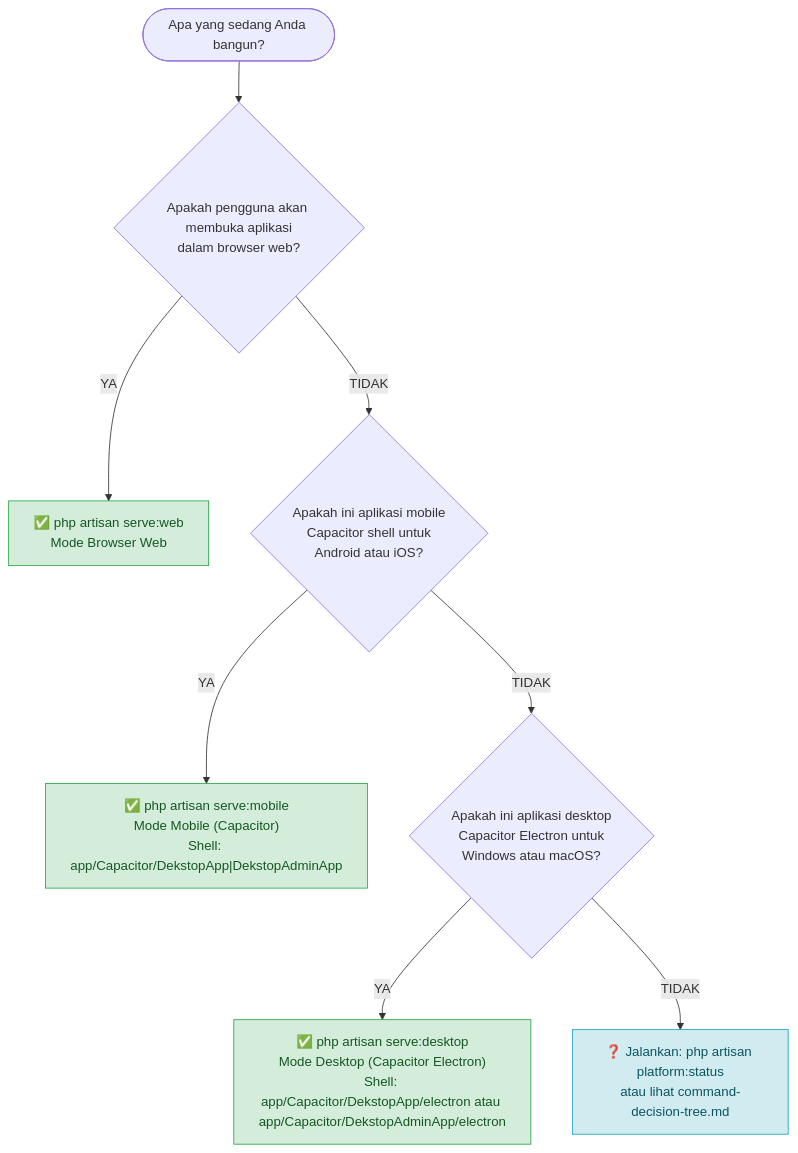
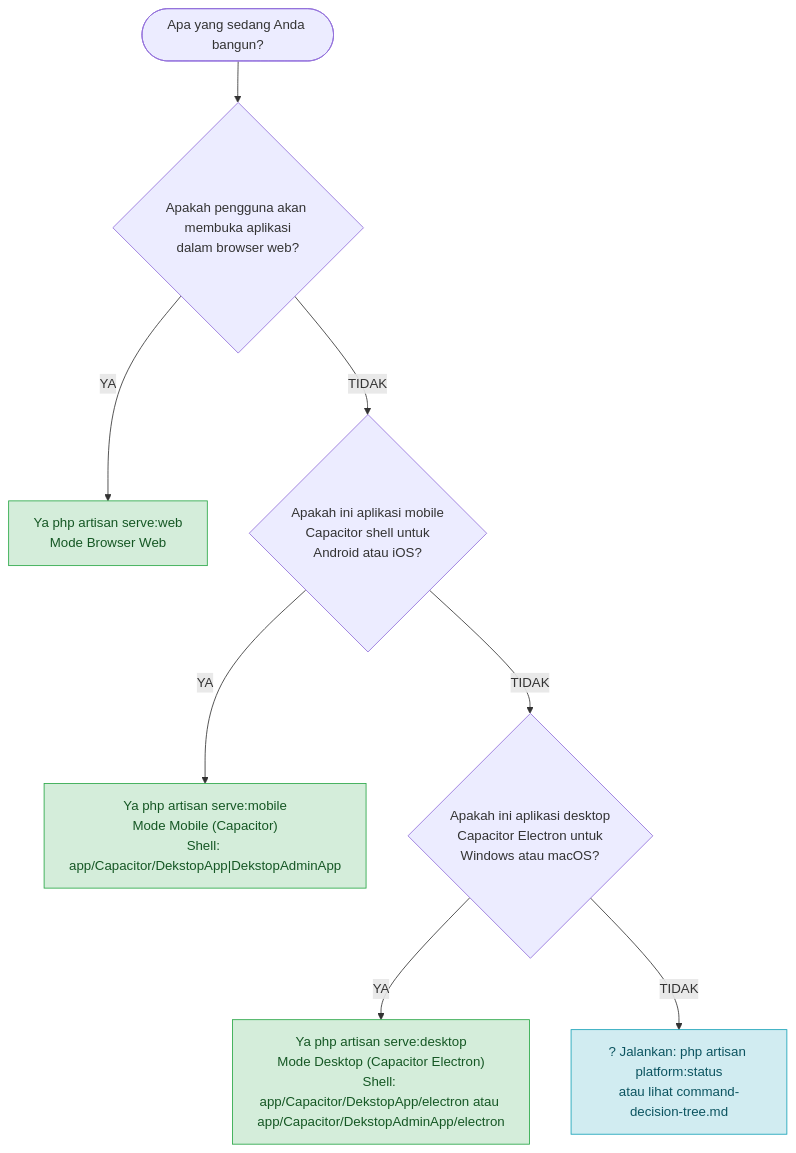
One commit to aanugerahahmadf/WebApp changed the diagram in docs/command-guide/command-guide.md. Above: the diagram before and after it, drawn with Mermaid. The commit also changed other lines of this file and 17 other files, not shown here.

````diff
--- a/docs/command-guide/command-guide.md
+++ b/docs/command-guide/command-guide.md
@@ -14,16 +14,16 @@
 ```mermaid
 flowchart TD
     START([Apa yang sedang Anda bangun?])
     START --> Q1{Apakah pengguna akan membuka aplikasi\ndalam browser web?}
-    Q1 -- YA --> WEB["✅ php artisan serve:web\nMode Browser Web"]
+    Q1 -- YA --> WEB["Ya php artisan serve:web\nMode Browser Web"]
     Q1 -- TIDAK --> Q2{Apakah ini aplikasi mobile\nCapacitor shell untuk\nAndroid atau iOS?}
-    Q2 -- YA --> MOB["✅ php artisan serve:mobile\nMode Mobile (Capacitor)\nShell: app/Capacitor/DekstopApp|DekstopAdminApp"]
+    Q2 -- YA --> MOB["Ya php artisan serve:mobile\nMode Mobile (Capacitor)\nShell: app/Capacitor/DekstopApp|DekstopAdminApp"]
     Q2 -- TIDAK --> Q3{Apakah ini aplikasi desktop\nCapacitor Electron untuk\nWindows atau macOS?}
-    Q3 -- YA --> DESK["✅ php artisan serve:desktop\nMode Desktop (Capacitor Electron)\nShell: app/Capacitor/DekstopApp/electron atau app/Capacitor/DekstopAdminApp/electron"]
-    Q3 -- TIDAK --> HELP["❓ Jalankan: php artisan platform:status\natau lihat command-decision-tree.md"]
+    Q3 -- YA --> DESK["Ya php artisan serve:desktop\nMode Desktop (Capacitor Electron)\nShell: app/Capacitor/DekstopApp/electron atau app/Capacitor/DekstopAdminApp/electron"]
+    Q3 -- TIDAK --> HELP["? Jalankan: php artisan platform:status\natau lihat command-decision-tree.md"]
 
     style WEB fill:#d4edda,stroke:#28a745,color:#155724
     style MOB fill:#d4edda,stroke:#28a745,color:#155724
     style DESK fill:#d4edda,stroke:#28a745,color:#155724
     style HELP fill:#d1ecf1,stroke:#17a2b8,color:#0c5460
 ```
````
